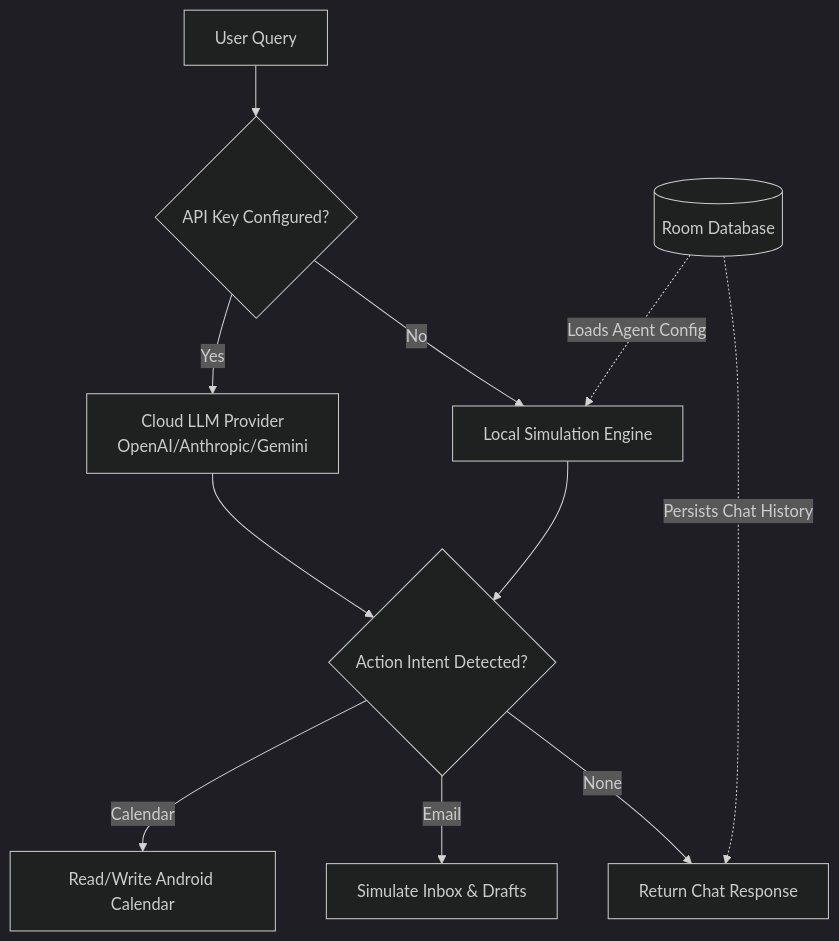
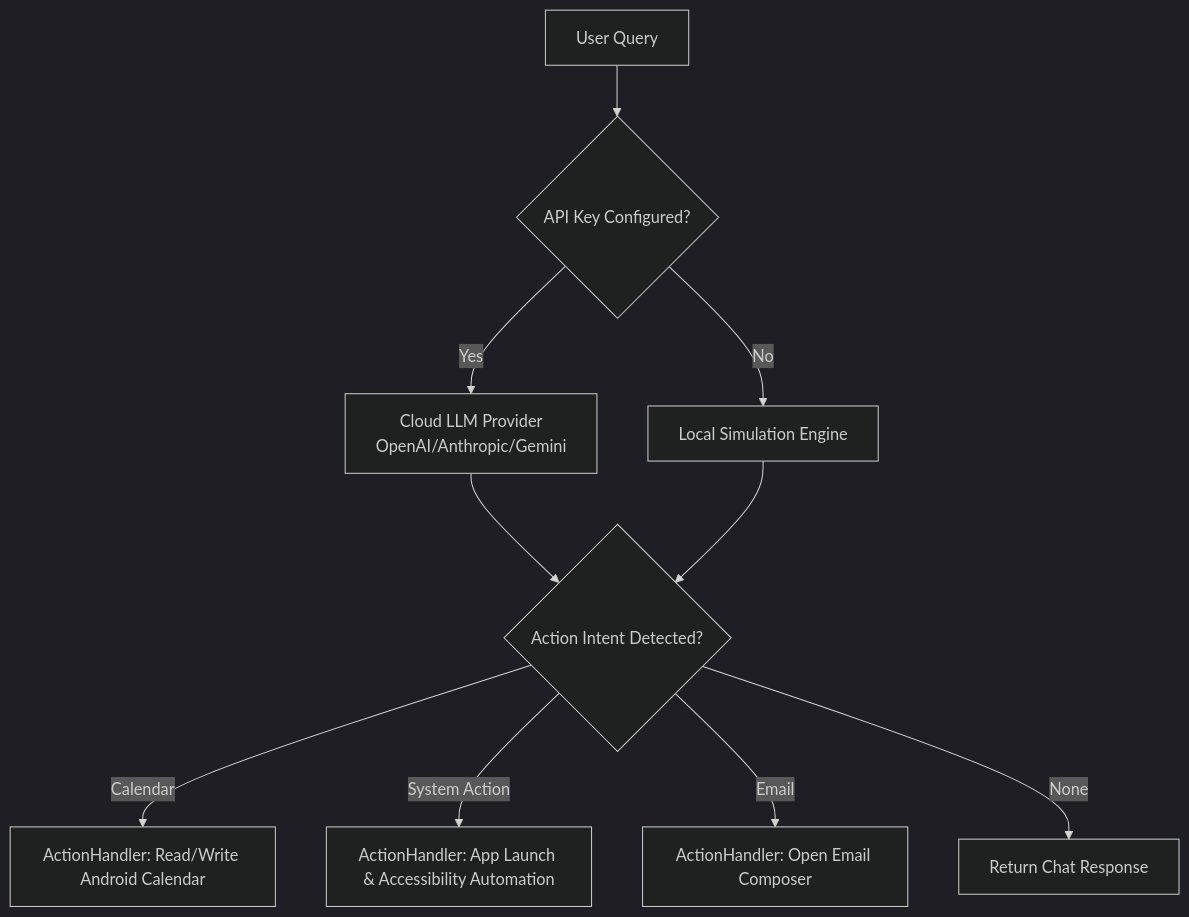
The diagram in README.md (testencomnom-collab/synaptiq-ai-agent), drawn with Mermaid (dark theme) before and after one commit. The commit also changed other lines of this file and 3 other files, not shown here.

````diff
--- a/README.md
+++ b/README.md
@@ -34,16 +34,14 @@
 ```mermaid
 graph TD;
     A[User Query] --> B{API Key Configured?};
     B -- Yes --> C[Cloud LLM Provider<br/>OpenAI/Anthropic/Gemini];
     B -- No --> D[Local Simulation Engine];
     
     C --> E{Action Intent Detected?};
     D --> E;
     
-    E -- Calendar --> F[Read/Write Android Calendar];
-    E -- Email --> G[Simulate Inbox & Drafts];
+    E -- Calendar --> F[ActionHandler: Read/Write Android Calendar];
+    E -- System Action --> G[ActionHandler: App Launch & Accessibility Automation];
+    E -- Email --> I[ActionHandler: Open Email Composer];
     E -- None --> H[Return Chat Response];
-    
-    I[(Room Database)] -.->|Loads Agent Config| D;
-    I -.->|Persists Chat History| H;
 ```
````
